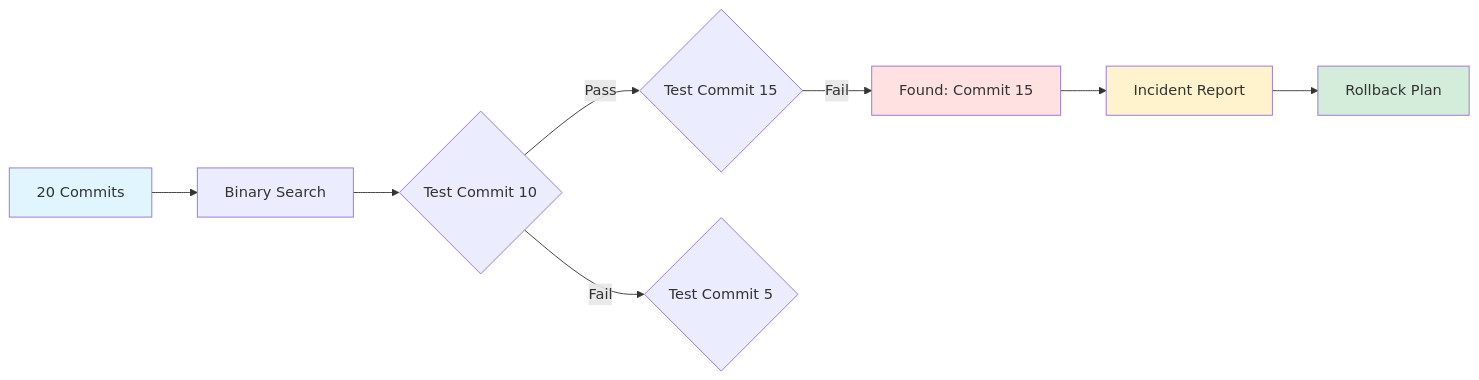
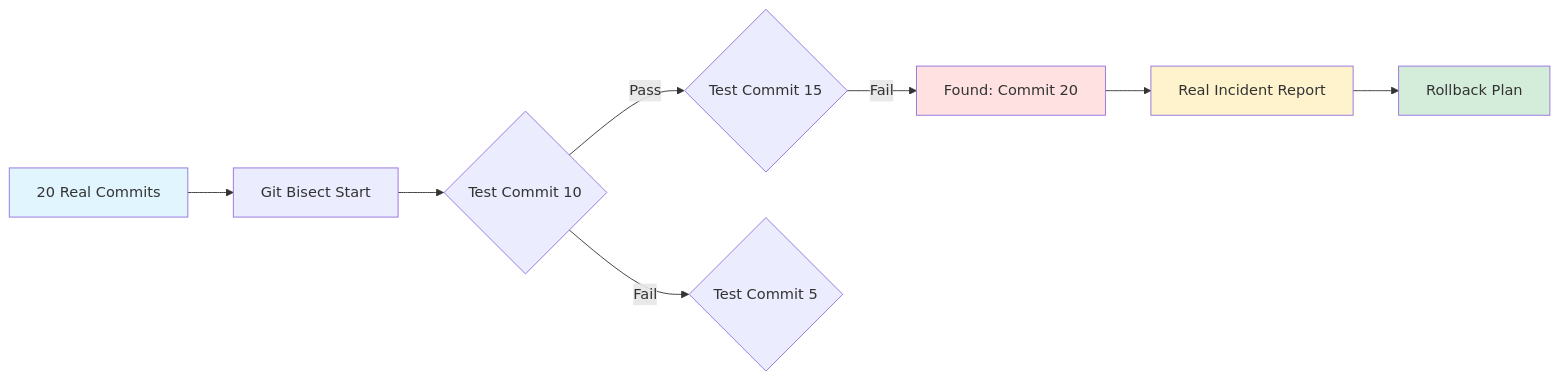
One commit to Oluseyi-Kofoworola/gitops2-healthcare-intelligence-git-commit changed the fourth of 5 diagrams in START_HERE.md. Above: the diagram before and after it, drawn with Mermaid. The commit also changed other lines of this file and 7 other files, not shown here.

````diff
--- a/START_HERE.md
+++ b/START_HERE.md
@@ -245,15 +215,15 @@
 ```mermaid
 flowchart LR
-    A[20 Commits] --> B[Binary Search]
+    A[20 Real Commits] --> B[Git Bisect Start]
     B --> C{Test Commit 10}
     C -->|Pass| D{Test Commit 15}
     C -->|Fail| E{Test Commit 5}
-    D -->|Fail| F[Found: Commit 15]
-    F --> G[Incident Report]
+    D -->|Fail| F[Found: Commit 20]
+    F --> G[Real Incident Report]
     G --> H[Rollback Plan]
     
     style A fill:#e1f5ff
     style F fill:#ffe1e1
     style G fill:#fff3cd
     style H fill:#d4edda
 ```
````
